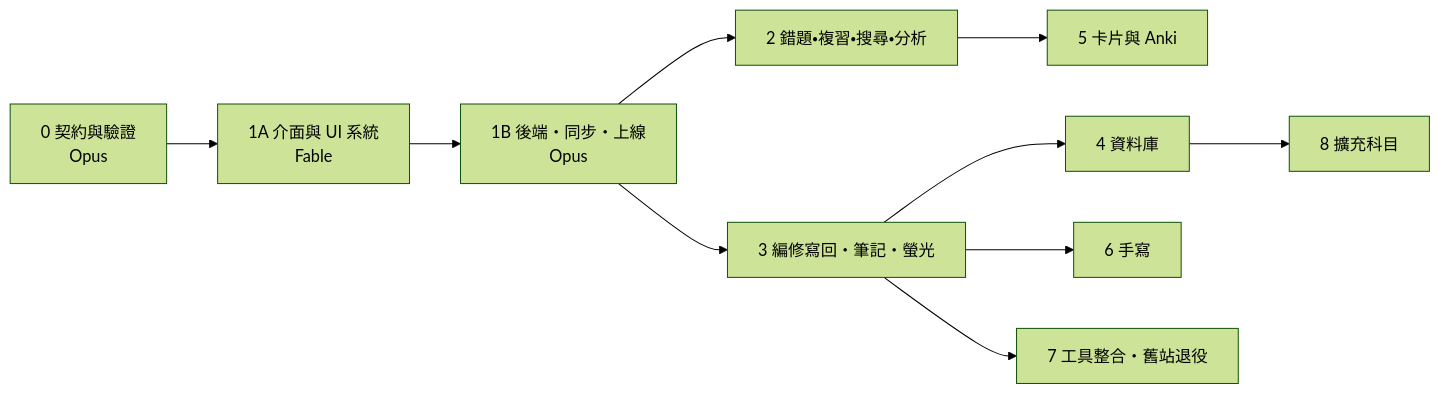
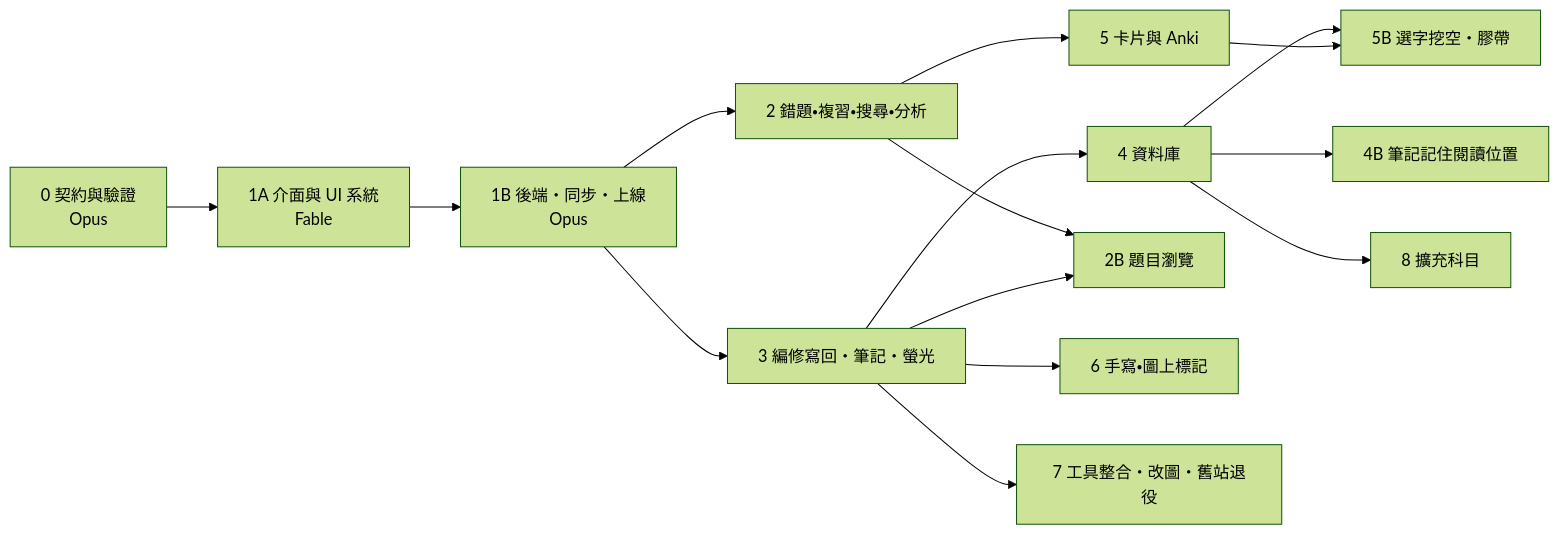
One commit to JimmyinTaipei/postmed-qbank changed the diagram in docs/規劃/03_分階段計畫.md. Above: the diagram before and after it, drawn with Mermaid (forest theme). The commit also changed other lines of this file and 4 other files, not shown here.

Commit message:
規劃：Fable 規劃新功能（2B、4B、5B、6B、第 7 階段改圖入口）；填入正式網址與 D1 id

````diff
--- a/docs/規劃/03_分階段計畫.md
+++ b/docs/規劃/03_分階段計畫.md
@@ -352,12 +487,17 @@
 ```mermaid
 flowchart LR
   P0[0 契約與驗證<br>Opus] --> P1A[1A 介面與 UI 系統<br>Fable]
   P1A --> P1[1B 後端・同步・上線<br>Opus]
   P1 --> P2[2 錯題・複習・搜尋・分析]
   P1 --> P3[3 編修寫回・筆記・螢光]
   P3 --> P4[4 資料庫]
   P2 --> P5[5 卡片與 Anki]
-  P3 --> P6[6 手寫]
-  P3 --> P7[7 工具整合・舊站退役]
+  P2 --> P2B[2B 題目瀏覽]
+  P3 --> P2B
+  P4 --> P4B[4B 筆記記住閱讀位置]
+  P4 --> P5B[5B 選字挖空・膠帶]
+  P5 --> P5B
+  P3 --> P6[6 手寫・圖上標記]
+  P3 --> P7[7 工具整合・改圖・舊站退役]
   P4 --> P8[8 擴充科目]
 ```
````
